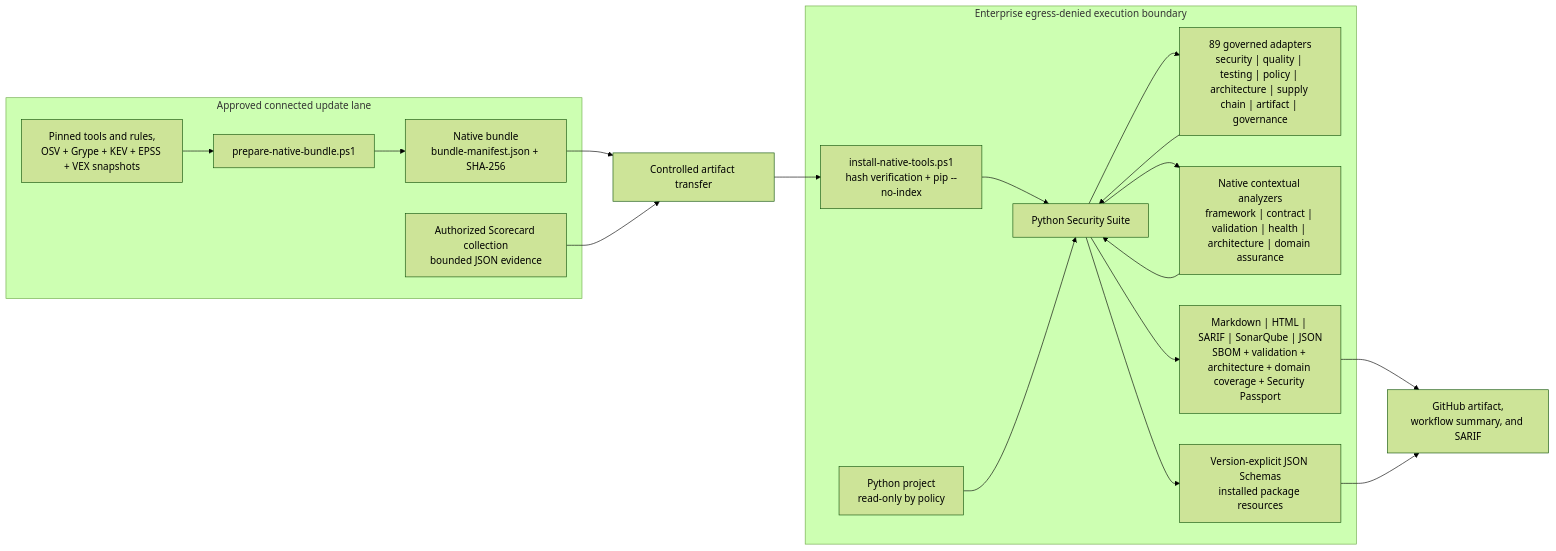
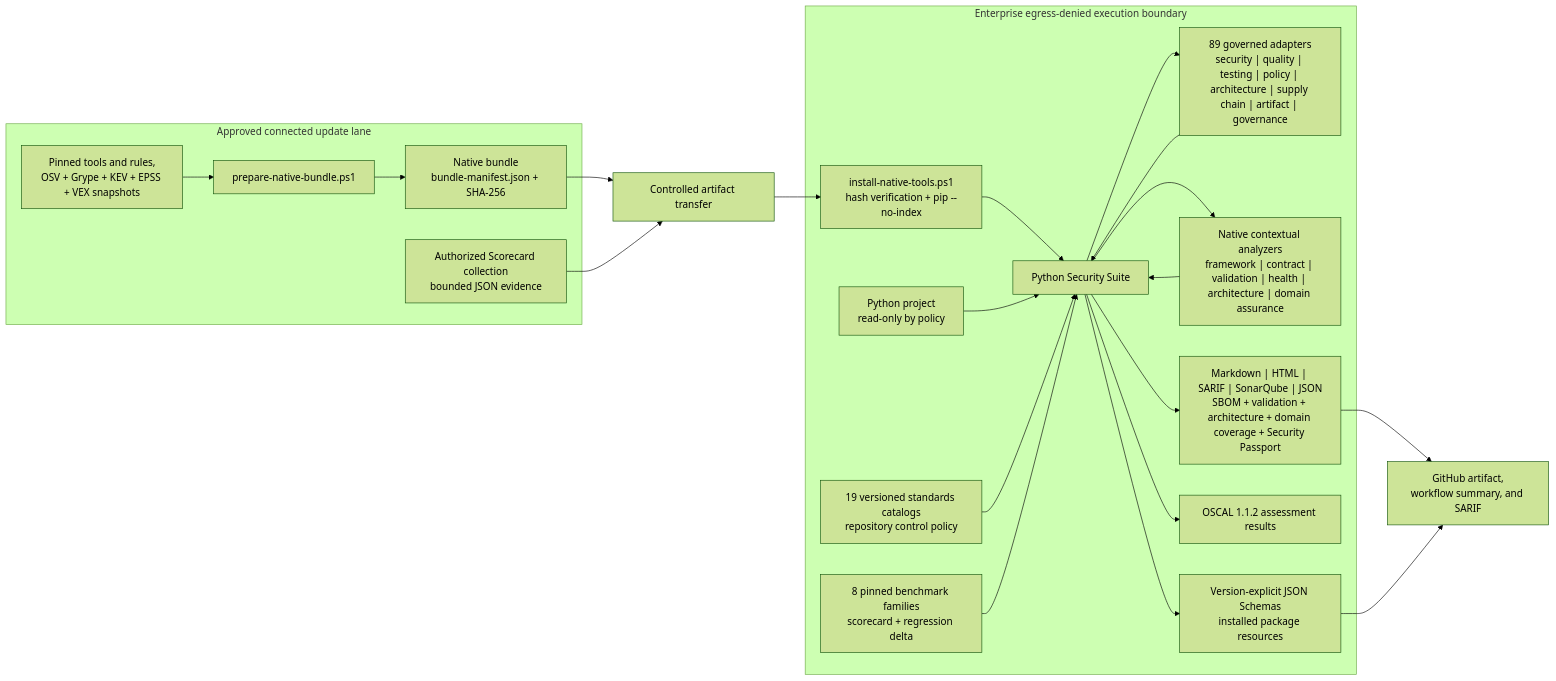
Before and after one commit to willtran87/project-py-security-suite: the first of 17 diagrams in docs/design.md, drawn with Mermaid (forest theme). The commit also changed 29 other files, not shown here.

````diff
--- a/docs/design.md
+++ b/docs/design.md
@@ -29,37 +29,43 @@
 ```mermaid
 flowchart LR
     subgraph Connected["Approved connected update lane"]
         Prep["prepare-native-bundle.ps1"]
         Sources["Pinned tools and rules,<br/>OSV + Grype + KEV + EPSS + VEX snapshots"]
         ScorecardCollect["Authorized Scorecard collection<br/>bounded JSON evidence"]
         Bundle["Native bundle<br/>bundle-manifest.json + SHA-256"]
         Sources --> Prep --> Bundle
     end
 
     Transfer["Controlled artifact transfer"]
 
     subgraph Boundary["Enterprise egress-denied execution boundary"]
         Install["install-native-tools.ps1<br/>hash verification + pip --no-index"]
         Project["Python project<br/>read-only by policy"]
         Suite["Python Security Suite"]
         Scanners["89 governed adapters<br/>security | quality | testing | policy | architecture | supply chain | artifact | governance"]
         Analyzers["Native contextual analyzers<br/>framework | contract | validation | health | architecture | domain assurance"]
         Reports["Markdown | HTML | SARIF | SonarQube | JSON<br/>SBOM + validation + architecture + domain coverage + Security Passport"]
+        Standards["19 versioned standards catalogs<br/>repository control policy"]
+        Benchmarks["8 pinned benchmark families<br/>scorecard + regression delta"]
+        OSCAL["OSCAL 1.1.2 assessment results"]
         Contracts["Version-explicit JSON Schemas<br/>installed package resources"]
         Install --> Suite
         Project --> Suite
         Suite --> Scanners
         Scanners --> Suite
         Suite --> Analyzers
         Analyzers --> Suite
+        Standards --> Suite
+        Benchmarks --> Suite
+        Suite --> OSCAL
         Suite --> Reports
         Suite --> Contracts
     end
 
     GitHub["GitHub artifact,<br/>workflow summary, and SARIF"]
 
     Bundle --> Transfer --> Install
     ScorecardCollect --> Transfer
     Reports --> GitHub
     Contracts --> GitHub
 ```
````
